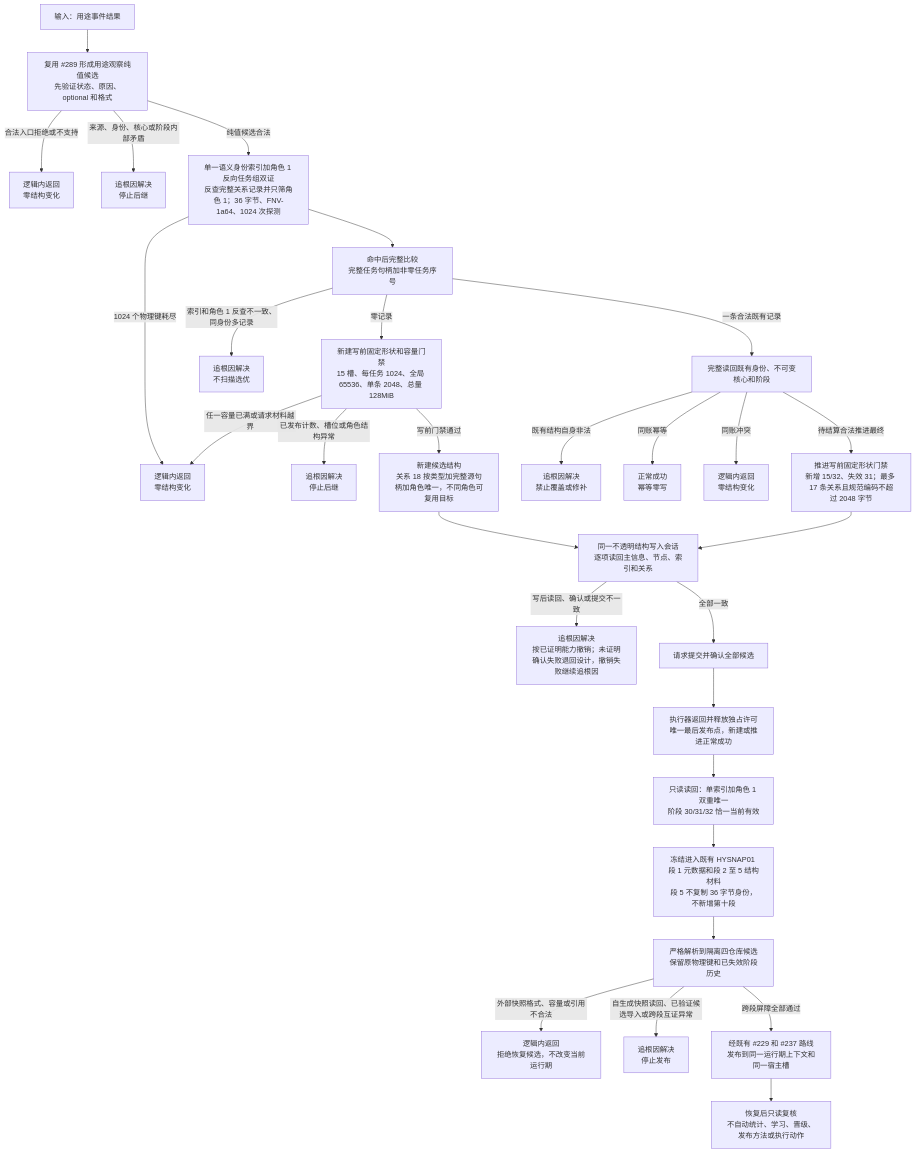
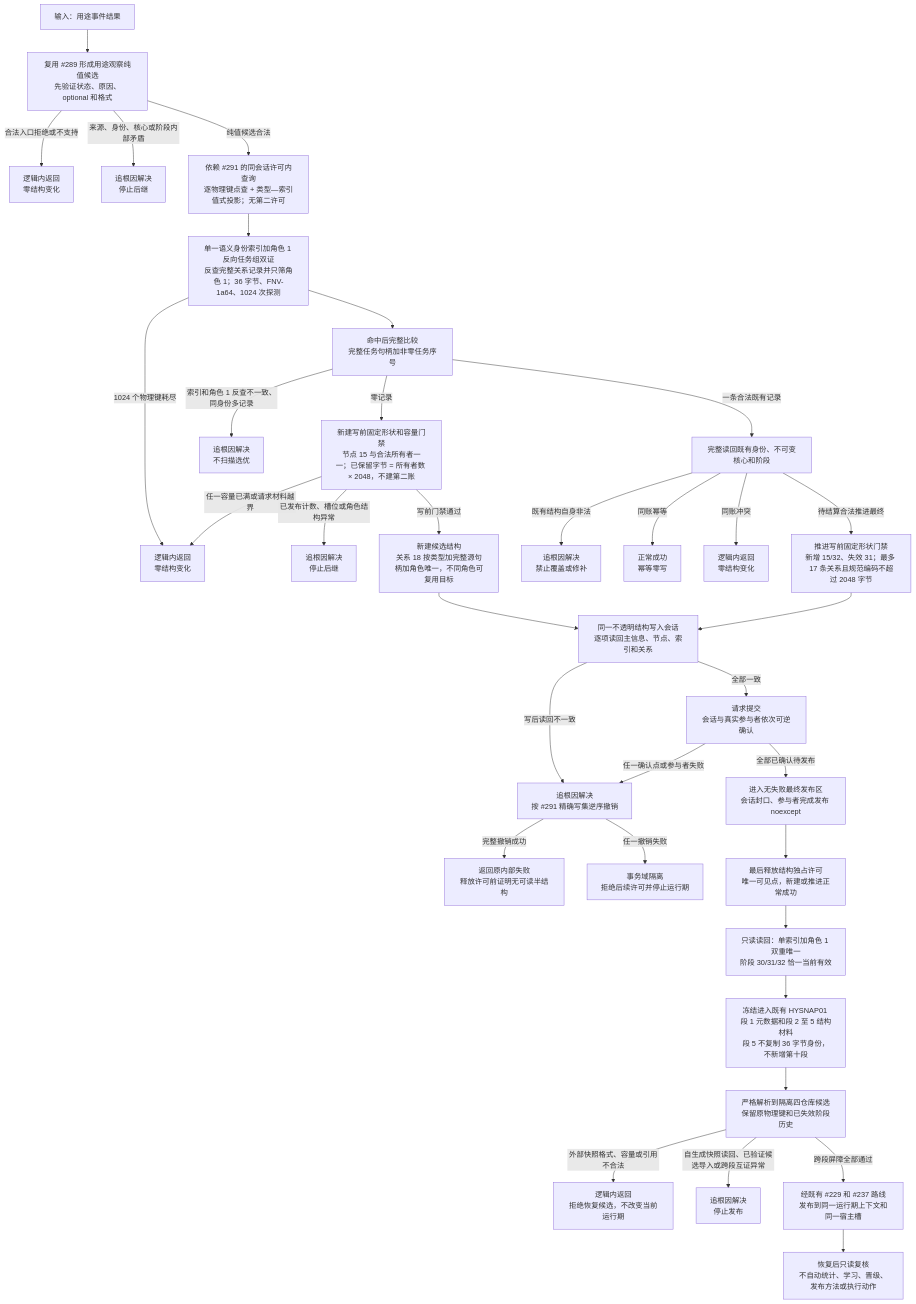
The diagram in 流程图/20260717_权威用途观察结构承载与事务发布恢复流程图_v0.1.md (chunhaizh-cyber/HY-Ego), drawn with Mermaid before and after one commit. The commit also changed other lines of this file and 17 other files, not shown here.

````diff
--- a/流程图/20260717_权威用途观察结构承载与事务发布恢复流程图_v0.1.md
+++ b/流程图/20260717_权威用途观察结构承载与事务发布恢复流程图_v0.1.md
@@ -28,31 +28,36 @@
 ```mermaid
 flowchart TD
     A["输入：用途事件结果"] --> B["复用 #289 形成用途观察纯值候选<br/>先验证状态、原因、optional 和格式"]
     B -->|"合法入口拒绝或不支持"| L1["逻辑内返回<br/>零结构变化"]
     B -->|"来源、身份、核心或阶段内部矛盾"| R1["追根因解决<br/>停止后继"]
-    B -->|"纯值候选合法"| D["单一语义身份索引加角色 1 反向任务组双证<br/>反查完整关系记录并只筛角色 1；36 字节、FNV-1a64、1024 次探测"]
-    D -->|"1024 个物理键耗尽"| L2["逻辑内返回<br/>零结构变化"]
-    D --> E["命中后完整比较<br/>完整任务句柄加非零任务序号"]
+    B -->|"纯值候选合法"| D["依赖 #291 的同会话许可内查询<br/>逐物理键点查 + 类型—索引值式投影；无第二许可"]
+    D --> D1["单一语义身份索引加角色 1 反向任务组双证<br/>反查完整关系记录并只筛角色 1；36 字节、FNV-1a64、1024 次探测"]
+    D1 -->|"1024 个物理键耗尽"| L2["逻辑内返回<br/>零结构变化"]
+    D1 --> E["命中后完整比较<br/>完整任务句柄加非零任务序号"]
     E -->|"索引和角色 1 反查不一致、同身份多记录"| R3["追根因解决<br/>不扫描选优"]
-    E -->|"零记录"| C["新建写前固定形状和容量门禁<br/>15 槽、每任务 1024、全局 65536、单条 2048、总量 128MiB"]
+    E -->|"零记录"| C["新建写前固定形状和容量门禁<br/>节点 15 与合法所有者一一；已保留字节 = 所有者数 × 2048，不建第二账"]
     C -->|"任一容量已满或请求材料越界"| L2
     C -->|"已发布计数、槽位或角色结构异常"| R2["追根因解决<br/>停止后继"]
     C -->|"写前门禁通过"| N["新建候选结构<br/>关系 18 按类型加完整源句柄加角色唯一，不同角色可复用目标"]
     E -->|"一条合法既有记录"| F["完整读回既有身份、不可变核心和阶段"]
     F -->|"既有结构自身非法"| R4["追根因解决<br/>禁止覆盖或修补"]
     F -->|"同账幂等"| S0["正常成功<br/>幂等零写"]
     F -->|"同账冲突"| L3["逻辑内返回<br/>零结构变化"]
     F -->|"待结算合法推进最终"| P["推进写前固定形状门禁<br/>新增 15/32、失效 31；最多 17 条关系且规范编码不超过 2048 字节"]
     N --> Q["同一不透明结构写入会话<br/>逐项读回主信息、节点、索引和关系"]
     P --> Q
-    Q -->|"写后读回、确认或提交不一致"| R5["追根因解决<br/>按已证明能力撤销；未证明确认失败退回设计，撤销失败继续追根因"]
-    Q -->|"全部一致"| T["请求提交并确认全部候选"]
-    T --> U["执行器返回并释放独占许可<br/>唯一最后发布点，新建或推进正常成功"]
+    Q -->|"写后读回不一致"| R5["追根因解决<br/>按 #291 精确写集逆序撤销"]
+    Q -->|"全部一致"| T["请求提交<br/>会话与真实参与者依次可逆确认"]
+    T -->|"任一确认点或参与者失败"| R5
+    R5 -->|"完整撤销成功"| R7["返回原内部失败<br/>释放许可前证明无可读半结构"]
+    R5 -->|"任一撤销失败"| R8["事务域隔离<br/>拒绝后续许可并停止运行期"]
+    T -->|"全部已确认待发布"| T2["进入无失败最终发布区<br/>会话封口、参与者完成发布 noexcept"]
+    T2 --> U["最后释放结构独占许可<br/>唯一可见点，新建或推进正常成功"]
     U --> V["只读读回：单索引加角色 1 双重唯一<br/>阶段 30/31/32 恰一当前有效"]
     V --> W["冻结进入既有 HYSNAP01 段 1 元数据和段 2 至 5 结构材料<br/>段 5 不复制 36 字节身份，不新增第十段"]
     W --> X["严格解析到隔离四仓库候选<br/>保留原物理键和已失效阶段历史"]
     X -->|"外部快照格式、容量或引用不合法"| L4["逻辑内返回<br/>拒绝恢复候选，不改变当前运行期"]
     X -->|"自生成快照读回、已验证候选导入或跨段互证异常"| R6["追根因解决<br/>停止发布"]
     X -->|"跨段屏障全部通过"| Y["经既有 #229 和 #237 路线<br/>发布到同一运行期上下文和同一宿主槽"]
     Y --> Z["恢复后只读复核<br/>不自动统计、学习、晋级、发布方法或执行动作"]
 ```
````
